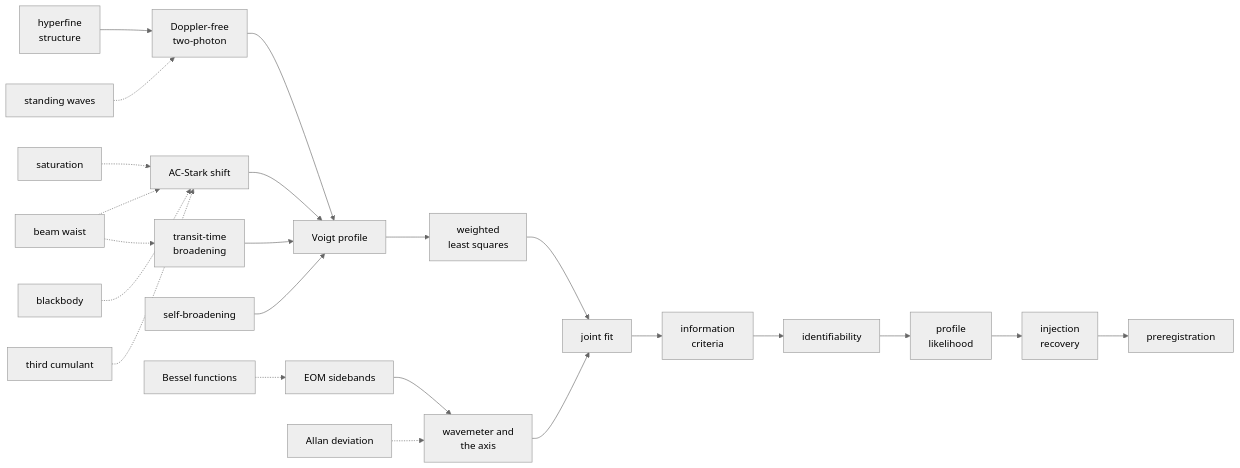
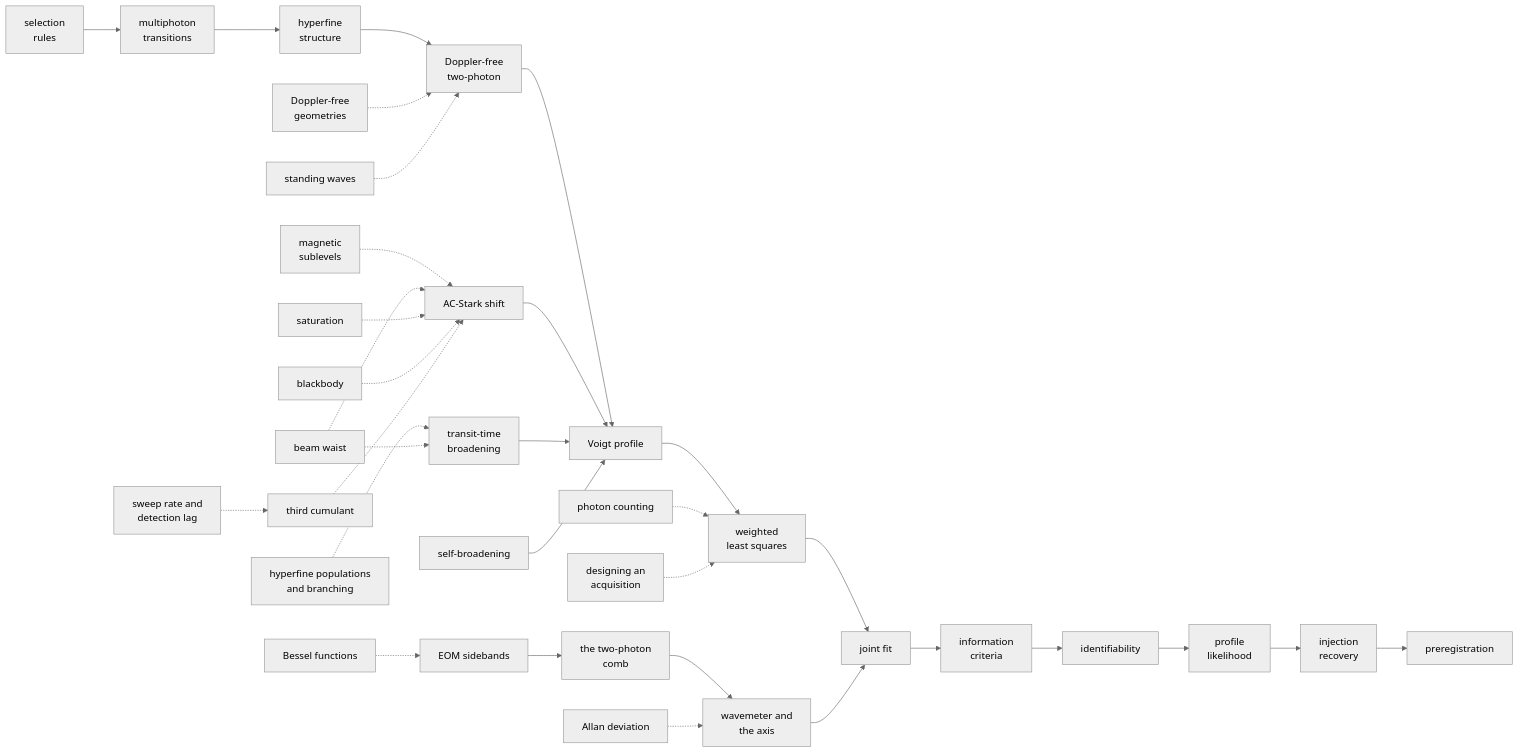
Before and after one commit to MichelangeloDondi/Rb-5S-6S-analysis: the diagram in docs/wiki/README.md, drawn with Mermaid (neutral theme). The commit also changed other lines of this file and 31 other files, not shown here.

````diff
--- a/docs/wiki/README.md
+++ b/docs/wiki/README.md
@@ -16,25 +119,34 @@
 ```mermaid
 flowchart LR
-    HF["hyperfine<br/>structure"] --> D["Doppler-free<br/>two-photon"]
+    SR["selection<br/>rules"] --> MP["multiphoton<br/>transitions"]
+    MP --> HF["hyperfine<br/>structure"]
+    HF --> D["Doppler-free<br/>two-photon"]
+    DG["Doppler-free<br/>geometries"] -.-> D
+    MS["magnetic<br/>sublevels"] -.-> S
+    HP["hyperfine populations<br/>and branching"] -.-> T
     D --> V["Voigt profile"]
     S["AC-Stark shift"] --> V
     T["transit-time<br/>broadening"] --> V
     C["self-broadening"] --> V
     V --> W["weighted<br/>least squares"]
     W --> J["joint fit"]
     J --> I["information<br/>criteria"]
     I --> ID["identifiability"]
     ID --> PL["profile<br/>likelihood"]
     PL --> IR["injection<br/>recovery"]
     IR --> PR["preregistration"]
-    E["EOM sidebands"] --> WM["wavemeter and<br/>the axis"]
+    E["EOM sidebands"] --> TPC["the two-photon<br/>comb"]
+    TPC --> WM["wavemeter and<br/>the axis"]
+    SRL["sweep rate and<br/>detection lag"] -.-> K
+    PC["photon counting"] -.-> W
+    ACQ["designing an<br/>acquisition"] -.-> W
     WM --> J
     SW["standing waves"] -.-> D
     BW["beam waist"] -.-> S
     BW -.-> T
     SAT["saturation"] -.-> S
     B["blackbody"] -.-> S
     K["third cumulant"] -.-> S
     A["Allan deviation"] -.-> WM
     BF["Bessel functions"] -.-> E
 ```
````
